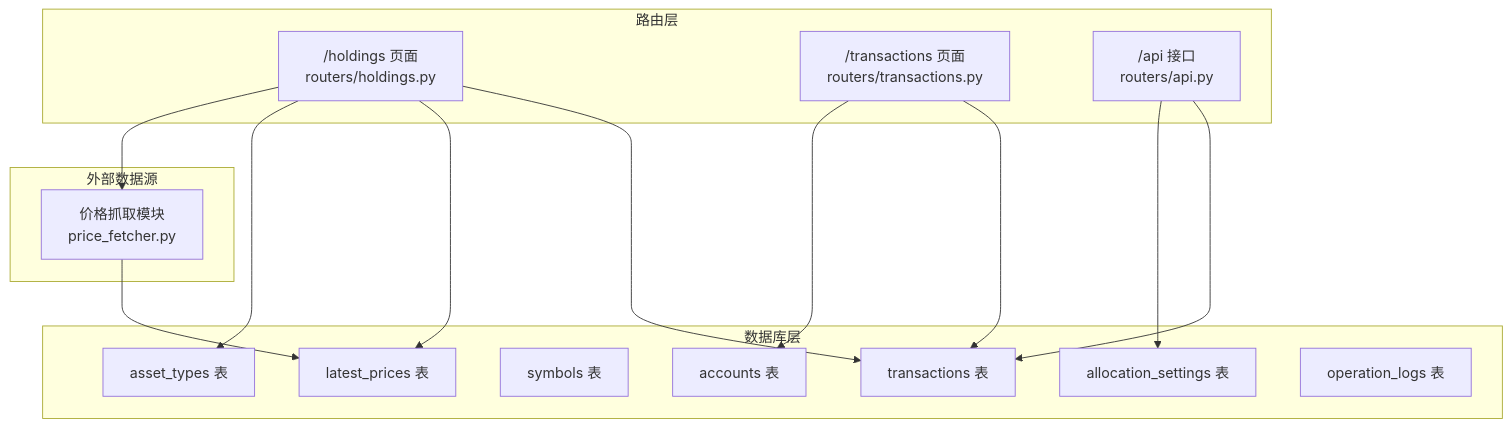
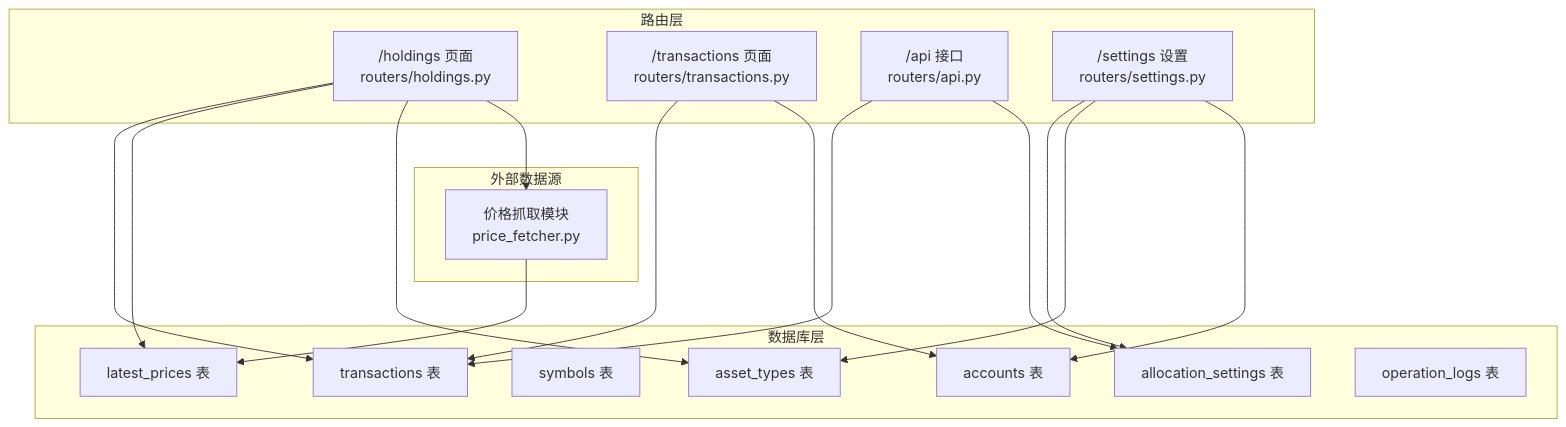
Before and after one commit to macrohuang/invest-log: the second of 8 diagrams in .qoder/repowiki/zh/content/数据库设计/数据库设计.md, drawn with Mermaid. The commit also changed other lines of this file and 11 other files, not shown here.

````diff
--- a/.qoder/repowiki/zh/content/数据库设计/数据库设计.md
+++ b/.qoder/repowiki/zh/content/数据库设计/数据库设计.md
@@ -116,29 +116,33 @@
 ```mermaid
 graph TB
 subgraph "路由层"
 R1["/holdings 页面<br/>routers/holdings.py"]
 R2["/transactions 页面<br/>routers/transactions.py"]
 R3["/api 接口<br/>routers/api.py"]
+R4["/settings 设置<br/>routers/settings.py"]
 end
 subgraph "数据库层"
 D1["transactions 表"]
 D2["accounts 表"]
 D3["symbols 表"]
 D4["latest_prices 表"]
 D5["allocation_settings 表"]
 D6["asset_types 表"]
 D7["operation_logs 表"]
 end
 subgraph "外部数据源"
 P1["价格抓取模块<br/>price_fetcher.py"]
 end
 R1 --> D1
 R1 --> D4
 R1 --> D6
 R2 --> D1
 R2 --> D2
 R3 --> D1
 R3 --> D5
+R4 --> D5
+R4 --> D6
+R4 --> D2
 R1 --> P1
 P1 --> D4
 ```
````
